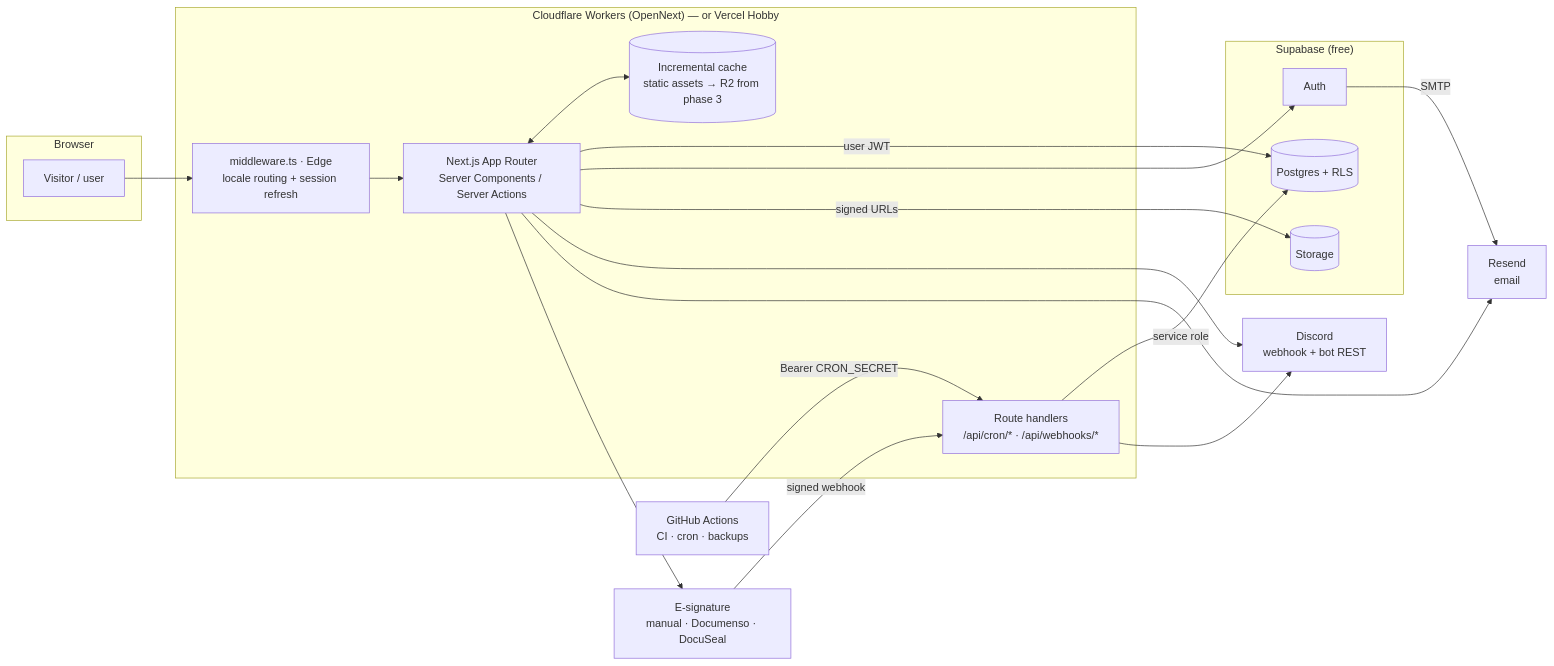
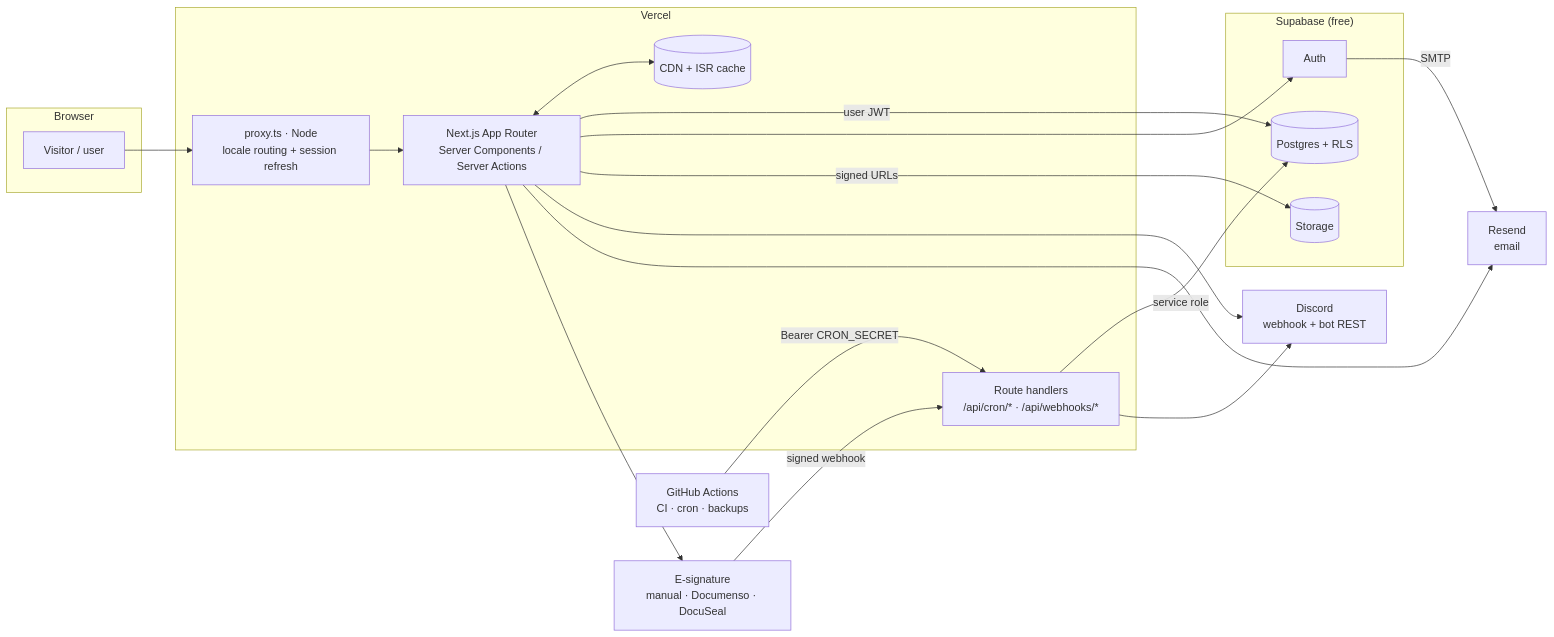
One commit to AzizLAKHDHAR/ACF-Website changed the first of 4 diagrams in docs/architecture.md. Above: the diagram before and after it, drawn with Mermaid. The commit also changed other lines of this file and 48 other files, not shown here.

First line of the commit message:
feat: apply the ACF charter, host on Vercel, default to French

````diff
--- a/docs/architecture.md
+++ b/docs/architecture.md
@@ -9,35 +9,35 @@
 ```mermaid
 flowchart LR
   subgraph Browser
     U[Visitor / user]
   end
-  subgraph Edge["Cloudflare Workers (OpenNext) — or Vercel Hobby"]
-    P[middleware.ts · Edge<br/>locale routing + session refresh]
+  subgraph Host["Vercel"]
+    P[proxy.ts · Node<br/>locale routing + session refresh]
     RSC[Next.js App Router<br/>Server Components / Server Actions]
     API[Route handlers<br/>/api/cron/* · /api/webhooks/*]
-    C[(Incremental cache<br/>static assets → R2 from phase 3)]
+    C[(CDN + ISR cache)]
   end
   subgraph Supabase["Supabase (free)"]
     A[Auth]
     DB[(Postgres + RLS)]
     S[(Storage)]
   end
   GH[GitHub Actions<br/>CI · cron · backups]
   R[Resend<br/>email]
   D[Discord<br/>webhook + bot REST]
   E[E-signature<br/>manual · Documenso · DocuSeal]
 
   U --> P --> RSC
   RSC <--> C
   RSC -- user JWT --> DB
   RSC --> A
   RSC -- signed URLs --> S
   GH -- Bearer CRON_SECRET --> API
   API -- service role --> DB
   API --> D
   RSC --> D
   RSC --> R
   A -- SMTP --> R
   RSC --> E
   E -- signed webhook --> API
 ```
````
